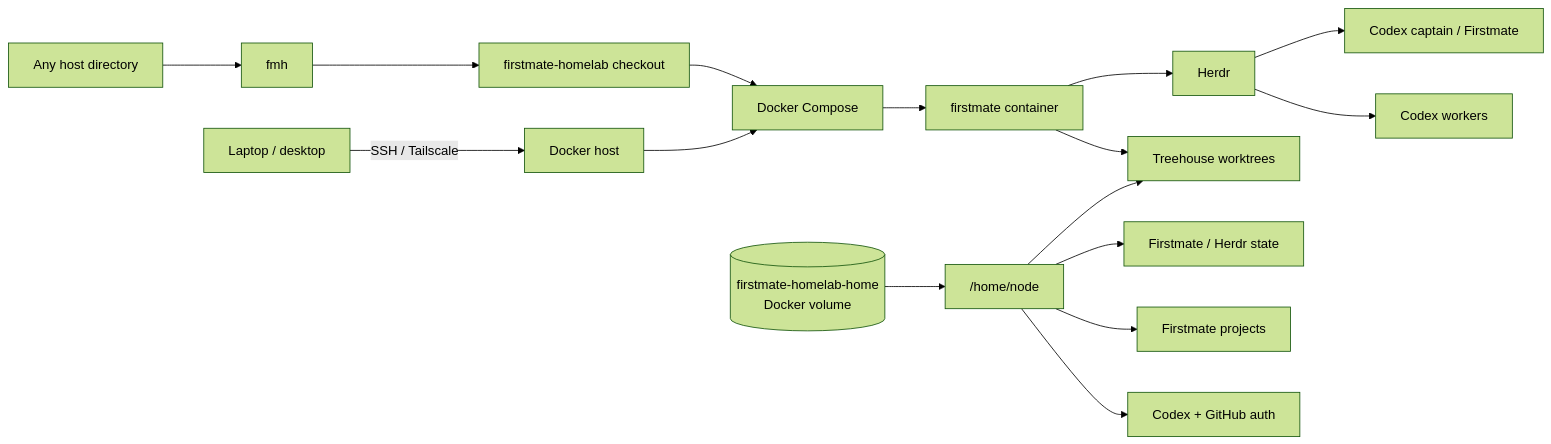
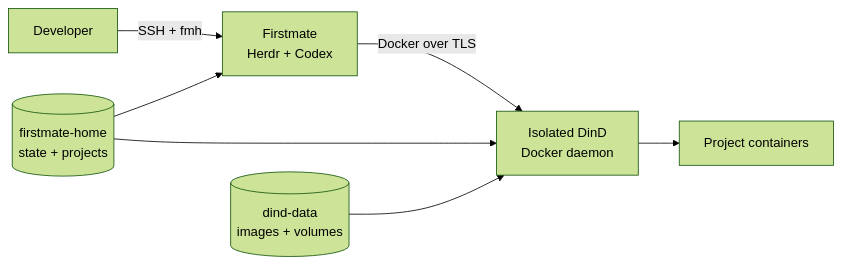
The diagram in README.md (yuyuimoe/secure-ai-homelab), drawn with Mermaid (forest theme) before and after one commit. The commit also changed other lines of this file and 29 other files, not shown here.

````diff
--- a/README.md
+++ b/README.md
@@ -17,18 +15,10 @@
 ```mermaid
 flowchart LR
-    USER["Laptop / desktop"] -->|SSH / Tailscale| HOST["Docker host"]
-    SHELL["Any host directory"] --> CLI["fmh"]
-    CLI --> REPO["firstmate-homelab checkout"]
-    REPO --> COMPOSE["Docker Compose"]
-    HOST --> COMPOSE
-    COMPOSE --> CONTAINER["firstmate container"]
-    CONTAINER --> HERDR["Herdr"]
-    HERDR --> CAPTAIN["Codex captain / Firstmate"]
-    HERDR --> WORKERS["Codex workers"]
-    CONTAINER --> TREEHOUSE["Treehouse worktrees"]
-    VOLUME[("firstmate-homelab-home\nDocker volume")] --> HOME["/home/node"]
-    HOME --> STATE["Firstmate / Herdr state"]
-    HOME --> PROJECTS["Firstmate projects"]
-    HOME --> AUTH["Codex + GitHub auth"]
-    HOME --> TREEHOUSE
+    DEV["Developer"] -->|"SSH + fmh"| FM["Firstmate<br/>Herdr + Codex"]
+    FM -->|"Docker over TLS"| DIND["Isolated DinD<br/>Docker daemon"]
+    DIND --> APPS["Project containers"]
+
+    HOME[("firstmate-home<br/>state + projects")] --> FM
+    HOME --> DIND
+    DATA[("dind-data<br/>images + volumes")] --> DIND
 ```
````
